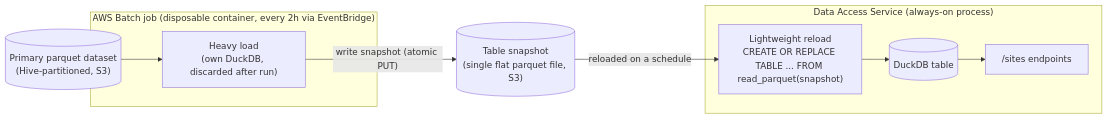
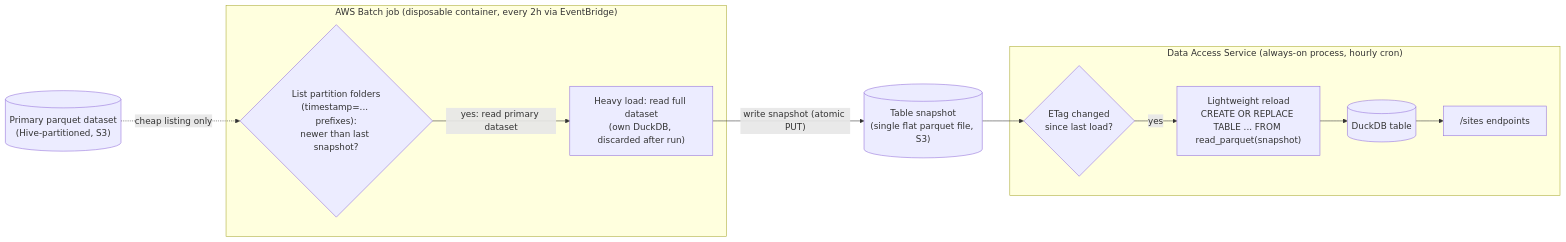
Before and after one commit to aodn/data-access-service: the second of 2 diagrams in data_access_service/sites/technical.md, drawn with Mermaid. The commit also changed other lines of this file, not shown here.

Commit message:
update the design

````diff
--- a/data_access_service/sites/technical.md
+++ b/data_access_service/sites/technical.md
@@ -32,21 +32,24 @@
 ```mermaid
 flowchart LR
     primary[("Primary parquet dataset\n(Hive-partitioned, S3)")]
     snapshot[("Table snapshot\n(single flat parquet file, S3)")]
 
     subgraph batch["AWS Batch job (disposable container, every 2h via EventBridge)"]
-        batchLoad["Heavy load\n(own DuckDB, discarded after run)"]
+        freshCheck{"List partition folders\n(timestamp=... prefixes):\nnewer than last snapshot?"}
+        batchLoad["Heavy load: read full dataset\n(own DuckDB, discarded after run)"]
+        freshCheck -->|"yes: read primary dataset"| batchLoad
     end
 
-    subgraph api["Data Access Service (always-on process)"]
+    subgraph api["Data Access Service (always-on process, hourly cron)"]
+        etagCheck{"ETag changed\nsince last load?"}
         reload["Lightweight reload\nCREATE OR REPLACE TABLE ... FROM read_parquet(snapshot)"]
         table[("DuckDB table")]
         endpoint["/sites endpoints"]
 
-        reload --> table --> endpoint
+        etagCheck -->|"yes"| reload --> table --> endpoint
     end
 
-    primary --> batchLoad
+    primary -.->|"cheap listing only"| freshCheck
     batchLoad -->|"write snapshot (atomic PUT)"| snapshot
-    snapshot -->|"reloaded on a schedule"| reload
+    snapshot --> etagCheck
 ```
````
